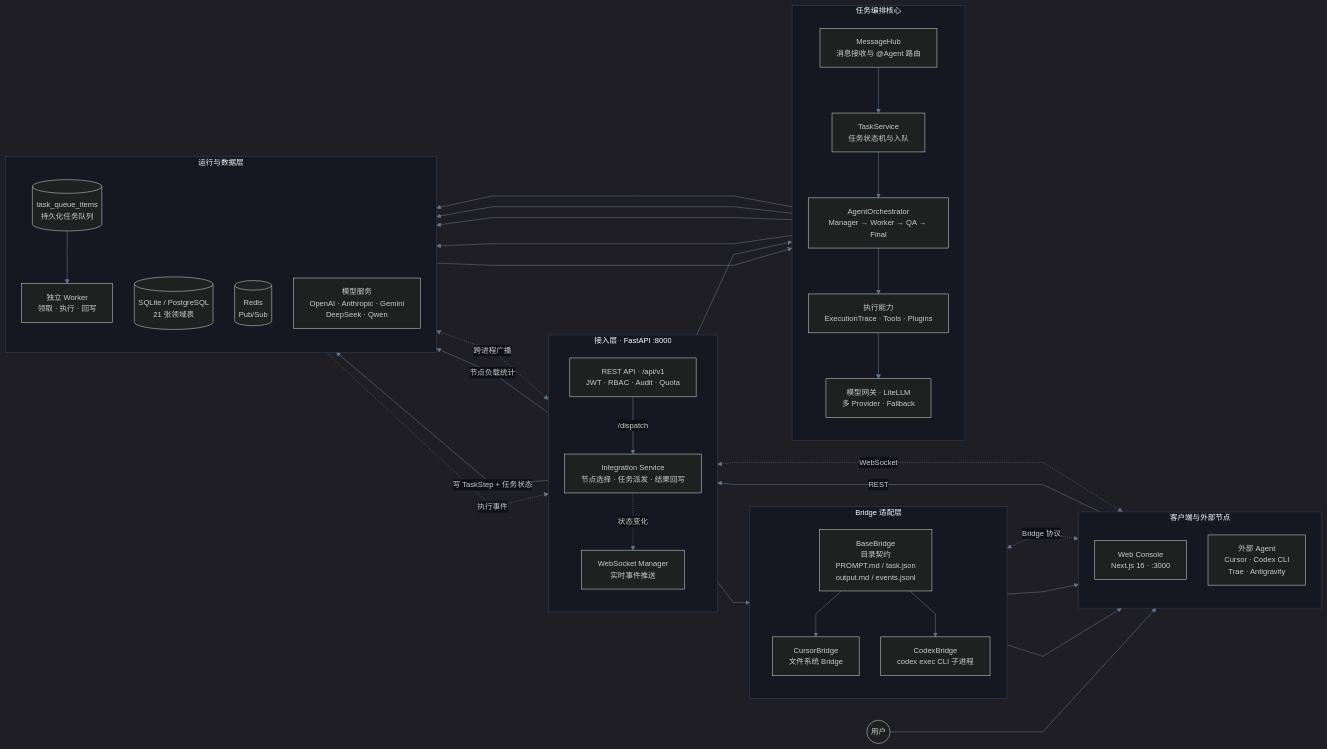
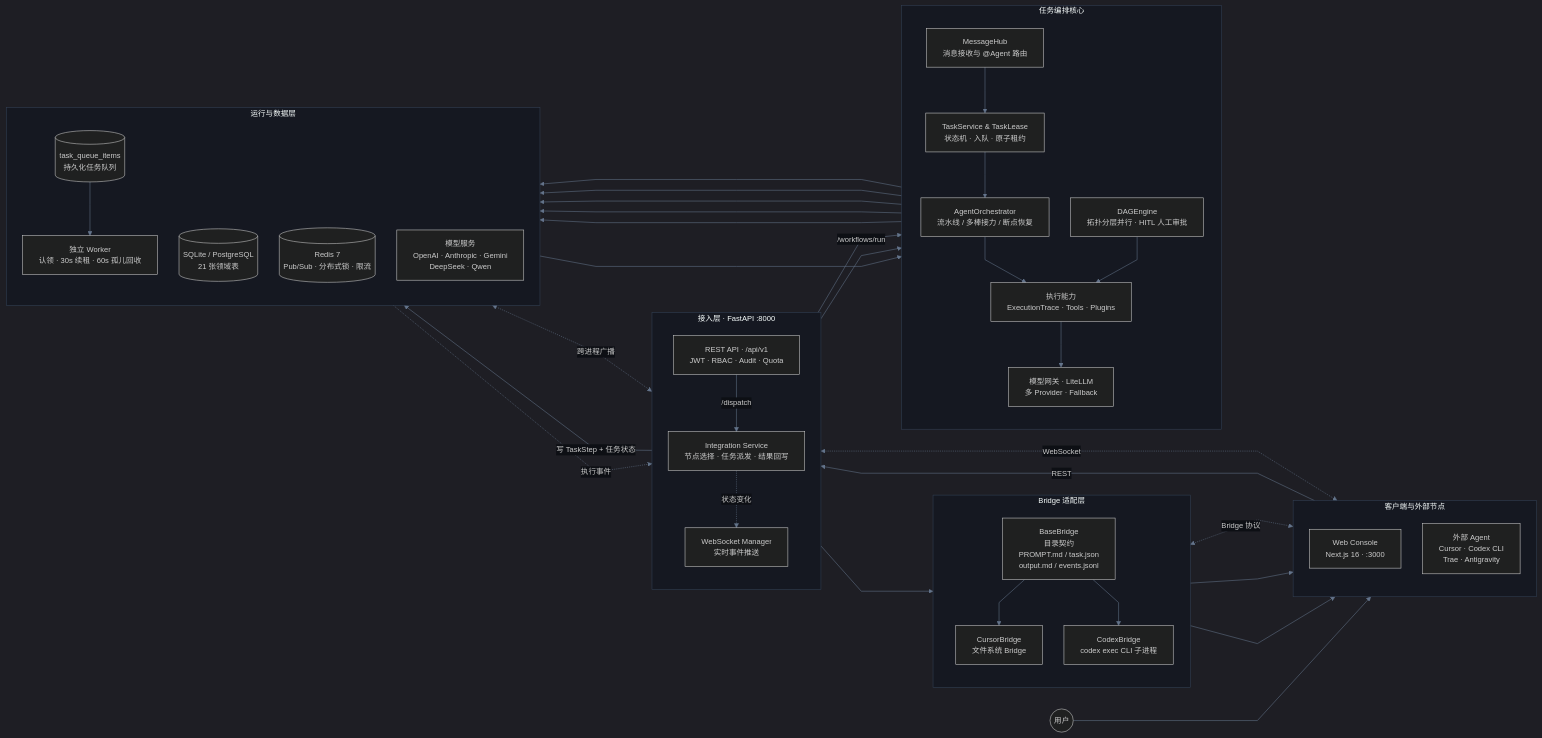
The first of 2 diagrams in README.md (liwe123/Agent-Togterher), drawn with Mermaid before and after one commit. The commit also changed other lines of this file and 11 other files, not shown here.

Commit message:
docs: 重写 README 并补充运行实况演示视频与 DS-Bot 界面截图

````diff
--- a/README.md
+++ b/README.md
@@ -34,68 +105,71 @@
 ```mermaid
 %%{init: {'theme': 'dark', 'flowchart': {'nodeSpacing': 40, 'rankSpacing': 60, 'curve': 'linear'}, 'themeVariables': {'fontSize': '14px', 'background': '#0D0F14', 'primaryColor': '#1a1f2e', 'primaryBorderColor': '#3b82f6', 'primaryTextColor': '#e2e8f0', 'lineColor': '#64748b', 'secondaryColor': '#1e293b', 'tertiaryColor': '#0f172a', 'clusterBkg': '#151821', 'clusterBorder': '#334155', 'edgeLabelBackground': '#0D0F14', 'fontFamily': 'system-ui, -apple-system, sans-serif'}} }%%
 flowchart LR
     USER((用户))
 
     subgraph CLIENT["客户端与外部节点"]
         direction TB
         WEB["Web Console<br/>Next.js 16 · :3000"]
         AGENTS["外部 Agent<br/>Cursor · Codex CLI<br/>Trae · Antigravity"]
     end
 
     subgraph ACCESS["接入层 · FastAPI :8000"]
         direction TB
         REST["REST API · /api/v1<br/>JWT · RBAC · Audit · Quota"]
         WS["WebSocket Manager<br/>实时事件推送"]
         INT["Integration Service<br/>节点选择 · 任务派发 · 结果回写"]
     end
 
     subgraph BRIDGE_LAYER["Bridge 适配层"]
         direction TB
         BASE["BaseBridge<br/>目录契约<br/>PROMPT.md / task.json<br/>output.md / events.jsonl"]
         CURSOR["CursorBridge<br/>文件系统 Bridge"]
         CODEX["CodexBridge<br/>codex exec CLI 子进程"]
     end
 
     subgraph CORE["任务编排核心"]
         direction TB
         HUB["MessageHub<br/>消息接收与 @Agent 路由"]
-        TASK["TaskService<br/>任务状态机与入队"]
-        ORCH["AgentOrchestrator<br/>Manager → Worker → QA → Final"]
+        TASK["TaskService & TaskLease<br/>状态机 · 入队 · 原子租约"]
+        ORCH["AgentOrchestrator<br/>流水线 / 多棒接力 / 断点恢复"]
+        DAG["DAGEngine<br/>拓扑分层并行 · HITL 人工审批"]
         EXEC["执行能力<br/>ExecutionTrace · Tools · Plugins"]
         LLM["模型网关 · LiteLLM<br/>多 Provider · Fallback"]
     end
 
     subgraph RUNTIME["运行与数据层"]
         direction TB
-        WORKER["独立 Worker<br/>领取 · 执行 · 回写"]
+        WORKER["独立 Worker<br/>认领 · 30s 续租 · 60s 孤儿回收"]
         QUEUE[("task_queue_items<br/>持久化任务队列")]
         DB[("SQLite / PostgreSQL<br/>21 张领域表")]
-        REDIS[("Redis<br/>Pub/Sub")]
+        REDIS[("Redis 7<br/>Pub/Sub · 分布式锁 · 限流")]
         MODELS["模型服务<br/>OpenAI · Anthropic · Gemini<br/>DeepSeek · Qwen"]
     end
 
     USER --> WEB
     WEB -->|REST| REST
     WEB <-.->|WebSocket| WS
     AGENTS <-.->|Bridge 协议| BRIDGE_LAYER
 
     REST --> HUB --> TASK --> ORCH
+    REST -->|/workflows/run| DAG
     REST -->|/dispatch| INT --> BASE
     INT -->|写 TaskStep + 任务状态| DB
-    INT -->|节点负载统计| DB
     BASE --> CURSOR
     BASE --> CODEX
     CURSOR --> AGENTS
     CODEX --> AGENTS
     ORCH --> EXEC --> LLM --> MODELS
+    DAG --> EXEC
 
     TASK --> QUEUE
     QUEUE --> WORKER
     WORKER --> ORCH
     WORKER -.->|执行事件| WS
     INT -.->|状态变化| WS
 
     HUB --> DB
     ORCH --> DB
+    DAG --> DB
     WS <-.->|跨进程广播| REDIS
 ```
````
